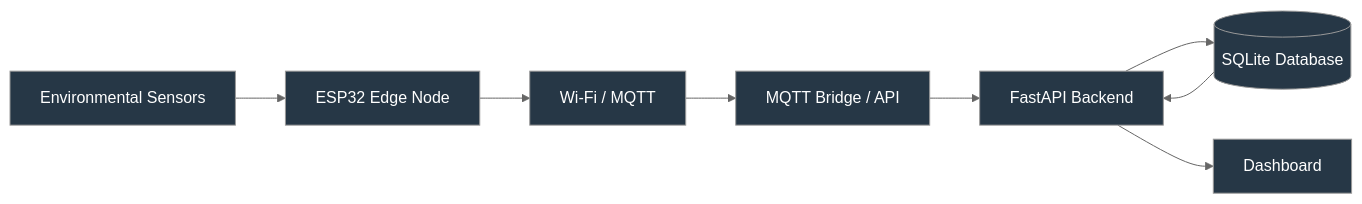
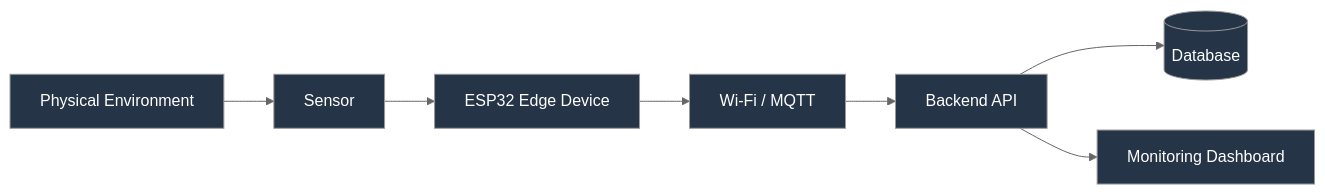
The first of 5 diagrams in README.md (chamanvashishth/MW-SENSE), drawn with Mermaid (neutral theme) before and after one commit. The commit also changed other lines of this file, not shown here.

````diff
--- a/README.md
+++ b/README.md
@@ -40,18 +59,17 @@
 ```mermaid
 flowchart LR
-    A["Environmental Sensors"] --> B["ESP32 Edge Node"]
-    B --> C["Wi-Fi / MQTT"]
-    C --> D["MQTT Bridge / API"]
-    D --> E["FastAPI Backend"]
-    E --> F[("SQLite Database")]
-    E --> G["Dashboard"]
-    F --> E
+    A["Physical Environment"] --> B["Sensor"]
+    B --> C["ESP32 Edge Device"]
+    C --> D["Wi-Fi / MQTT"]
+    D --> E["Backend API"]
+    E --> F[("Database")]
+    E --> G["Monitoring Dashboard"]
 
-    style A fill:#263746,color:#fff
-    style B fill:#263746,color:#fff
-    style C fill:#263746,color:#fff
-    style D fill:#263746,color:#fff
-    style E fill:#263746,color:#fff
-    style F fill:#263746,color:#fff
-    style G fill:#263746,color:#fff
+    style A fill:#253447,color:#fff
+    style B fill:#253447,color:#fff
+    style C fill:#253447,color:#fff
+    style D fill:#253447,color:#fff
+    style E fill:#253447,color:#fff
+    style F fill:#253447,color:#fff
+    style G fill:#253447,color:#fff
 ```
````
